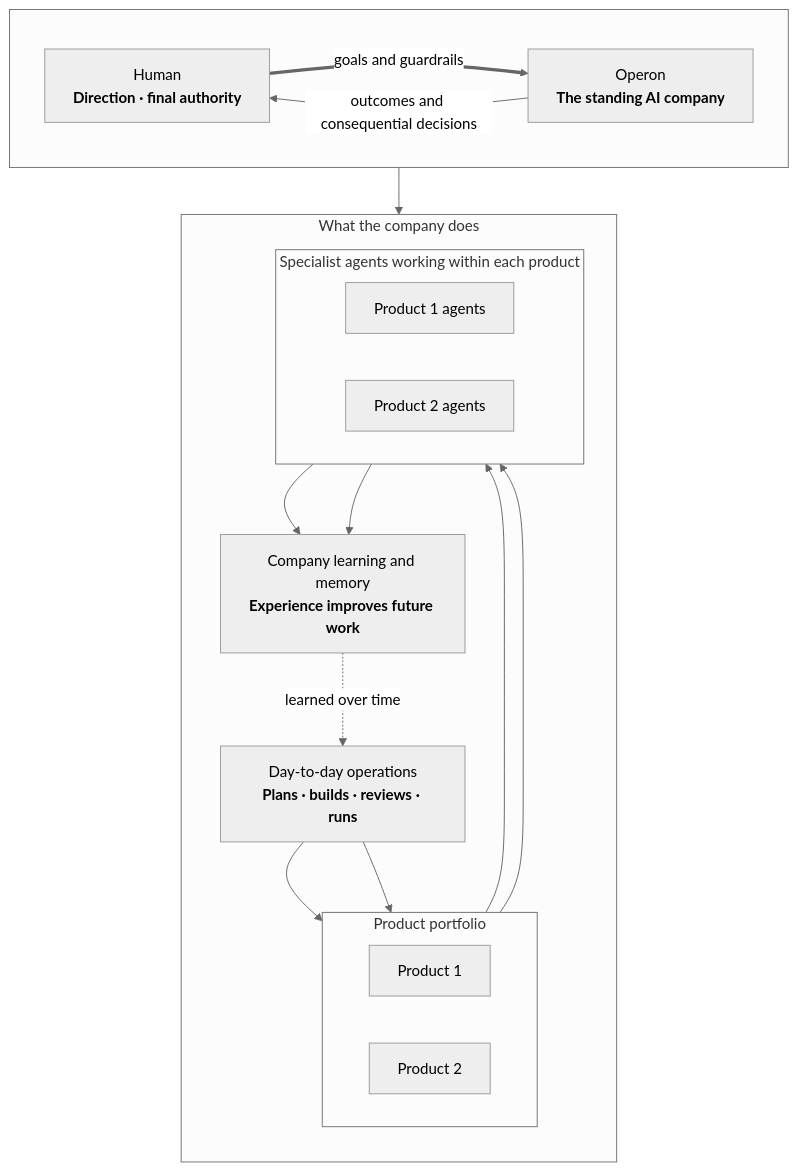
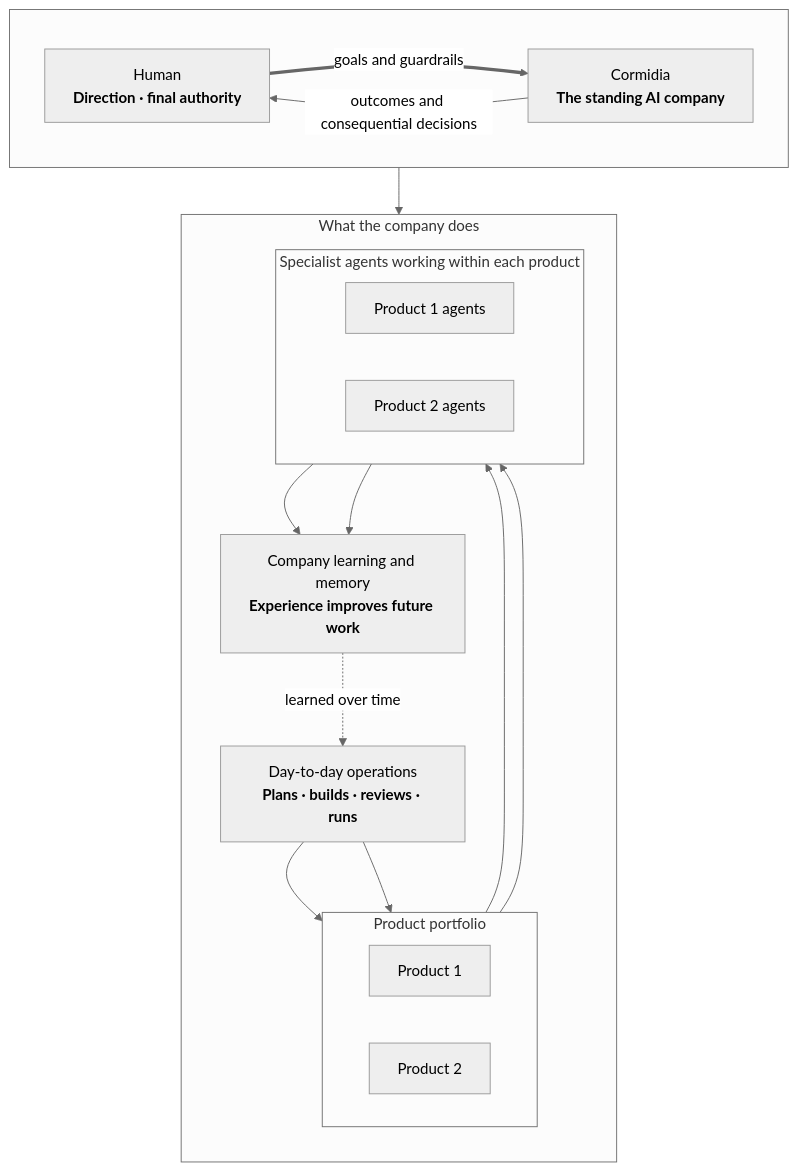
One commit to buildstacks-dev/Cormidia changed the diagram in docs/architecture.md. Above: the diagram before and after it, drawn with Mermaid (neutral theme). The commit also changed other lines of this file and 354 other files, not shown here.

````diff
--- a/docs/architecture.md
+++ b/docs/architecture.md
@@ -18,40 +18,40 @@
 ```mermaid
 flowchart TB
     subgraph LEADERSHIP[" "]
         direction LR
         HUMAN["Human<br/><b>Direction · final authority</b>"]
-        COMPANY["Operon<br/><b>The standing AI company</b>"]
+        COMPANY["Cormidia<br/><b>The standing AI company</b>"]
 
         HUMAN ==>|goals and guardrails| COMPANY
         COMPANY -->|outcomes and consequential decisions| HUMAN
     end
 
     subgraph WORK["What the company does"]
         direction TB
         OPERATIONS["Day-to-day operations<br/><b>Plans · builds · reviews · runs</b>"]
 
         subgraph PORTFOLIO["Product portfolio"]
             direction LR
             PRODUCT_1["Product 1"]
             PRODUCT_2["Product 2"]
         end
 
         subgraph TEAMS["Specialist agents working within each product"]
             direction LR
             TEAM_1["Product 1 agents"]
             TEAM_2["Product 2 agents"]
         end
 
         LEARNING["Company learning and memory<br/><b>Experience improves future work</b>"]
 
         OPERATIONS --> PRODUCT_1
         OPERATIONS --> PRODUCT_2
         PRODUCT_1 --> TEAM_1
         PRODUCT_2 --> TEAM_2
         TEAM_1 --> LEARNING
         TEAM_2 --> LEARNING
         LEARNING -.->|learned over time| OPERATIONS
     end
 
     COMPANY --> OPERATIONS
 ```
````
